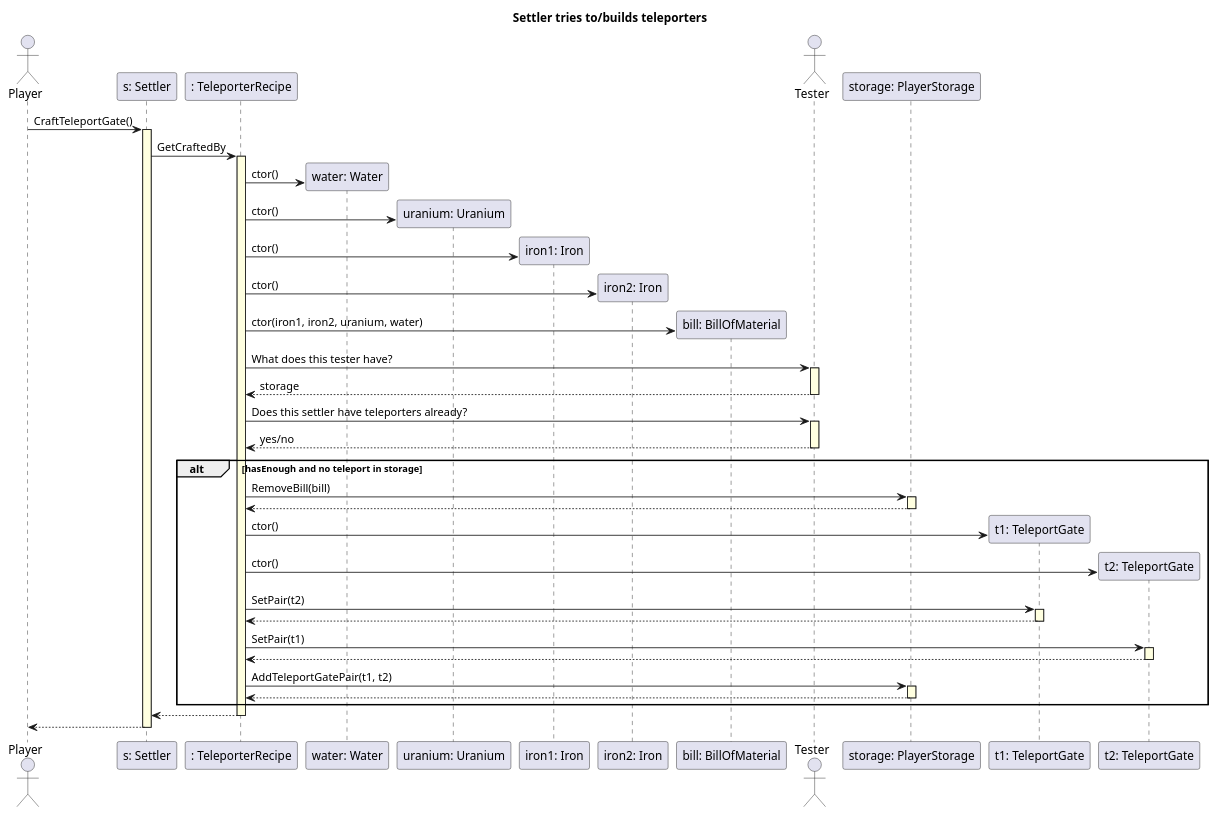
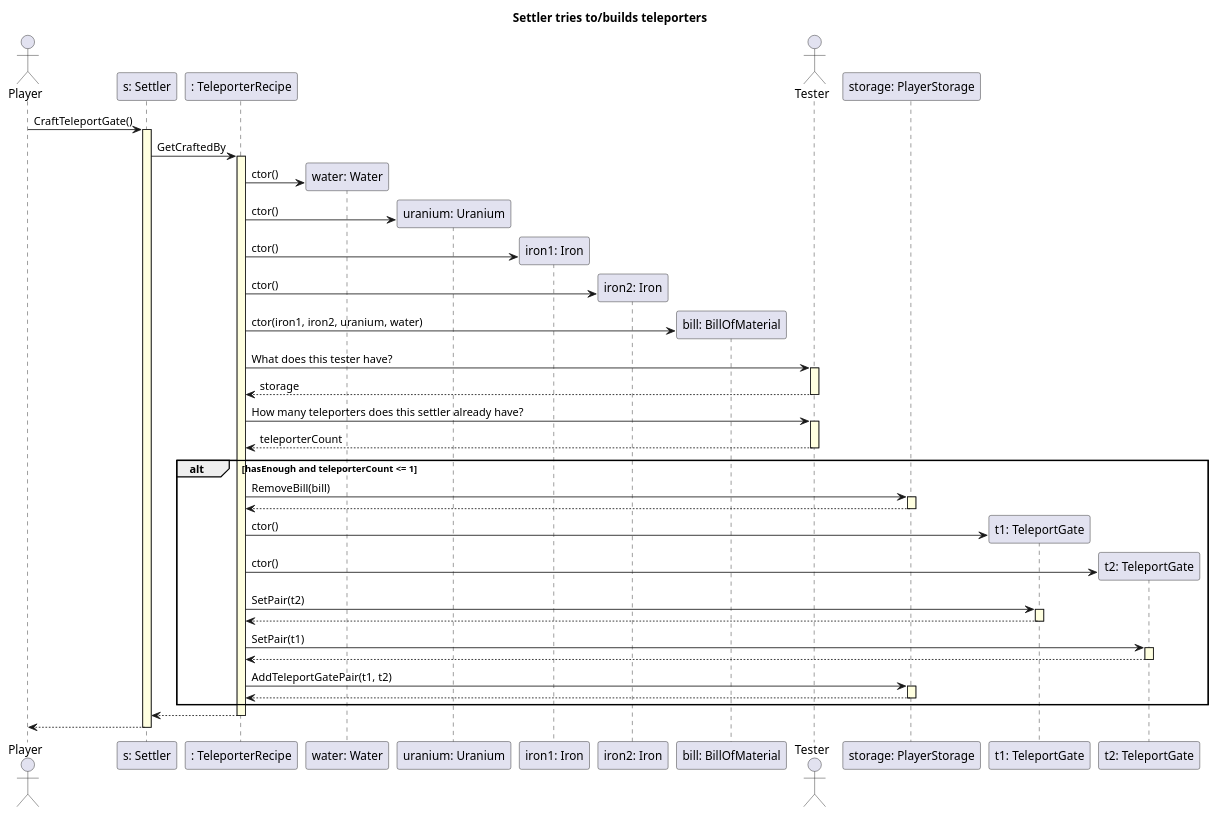
The diagram in uml/skeleton_seq_diagrams/build from recipe/buildgate.plantuml (triszt4n/projlab_holy_oil), drawn with PlantUML before and after one commit. The commit also changed 5 other files, not shown here.

```diff
--- a/uml/skeleton_seq_diagrams/build from recipe/buildgate.plantuml
+++ b/uml/skeleton_seq_diagrams/build from recipe/buildgate.plantuml
@@ -1,58 +1,58 @@
 @startuml
 
 skinparam SequenceLifeLineBackgroundColor LightYellow
 
 title "Settler tries to/builds teleporters"
 
 actor Player as player
 participant "s: Settler" as settler
 participant ": TeleporterRecipe" as TeleporterRecipe
 
 
 player -> settler ++ : CraftTeleportGate()
 settler -> TeleporterRecipe ++: GetCraftedBy
 
 
 participant "water: Water" as water
 TeleporterRecipe -> water ** : ctor()
 participant "uranium: Uranium" as uranium
 TeleporterRecipe -> uranium ** : ctor()
 participant "iron1: Iron" as iron1
 participant "iron2: Iron" as iron2
 TeleporterRecipe -> iron1 ** : ctor()
 TeleporterRecipe -> iron2 ** : ctor()
 
 participant "bill: BillOfMaterial" as bill
 TeleporterRecipe -> bill ** : ctor(iron1, iron2, uranium, water)
 
 actor Tester as tester
 TeleporterRecipe -> tester ++: What does this tester have?
 tester --> TeleporterRecipe --: storage
 participant "storage: PlayerStorage" as storage
-TeleporterRecipe -> tester ++: Does this settler have teleporters already?
-tester --> TeleporterRecipe --: yes/no
+TeleporterRecipe -> tester ++: How many teleporters does this settler already have?
+tester --> TeleporterRecipe --: teleporterCount
 
-alt hasEnough and no teleport in storage
+alt hasEnough and teleporterCount <= 1
 
     TeleporterRecipe -> storage ++ : RemoveBill(bill)
     storage --> TeleporterRecipe --
 
     participant "t1: TeleportGate" as teleport1
     participant "t2: TeleportGate" as teleport2
     TeleporterRecipe -> teleport1 ** : ctor()
     TeleporterRecipe -> teleport2 ** : ctor()
 
     TeleporterRecipe -> teleport1 ++ : SetPair(t2)
     teleport1 --> TeleporterRecipe --
     TeleporterRecipe -> teleport2 ++ : SetPair(t1)
     teleport2 --> TeleporterRecipe --
     TeleporterRecipe -> storage ++: AddTeleportGatePair(t1, t2)
     storage --> TeleporterRecipe --
 
 end
 
 TeleporterRecipe --> settler --
 
 settler --> player --
 
 @enduml
```
